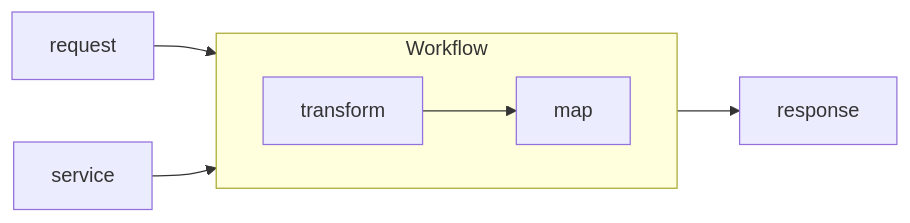
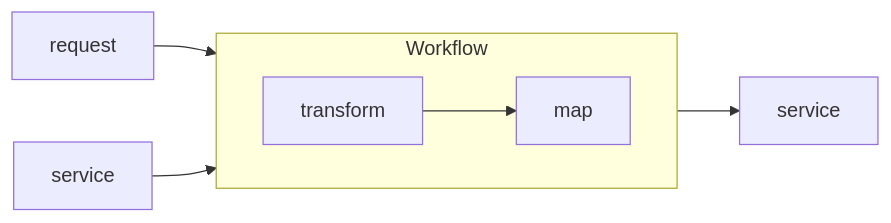
Before and after one commit to CodingFlow/service-orchestrator: the second of 2 diagrams in README.md, drawn with Mermaid. The commit also changed other lines of this file, not shown here.

Commit message:
Update README.md to render correctly on Github

````diff
--- a/README.md
+++ b/README.md
@@ -30,11 +32,14 @@
 ```mermaid
 flowchart LR
+    mapRequest["map"]
+    serviceB["service"]
+
     request --> transform
-    service --> transform
-    map --> response
+    serviceB --> transform
+    mapRequest --> service
 
     subgraph Workflow
         direction LR
-        transform --> map
+        transform --> mapRequest
     end
 ```
````
